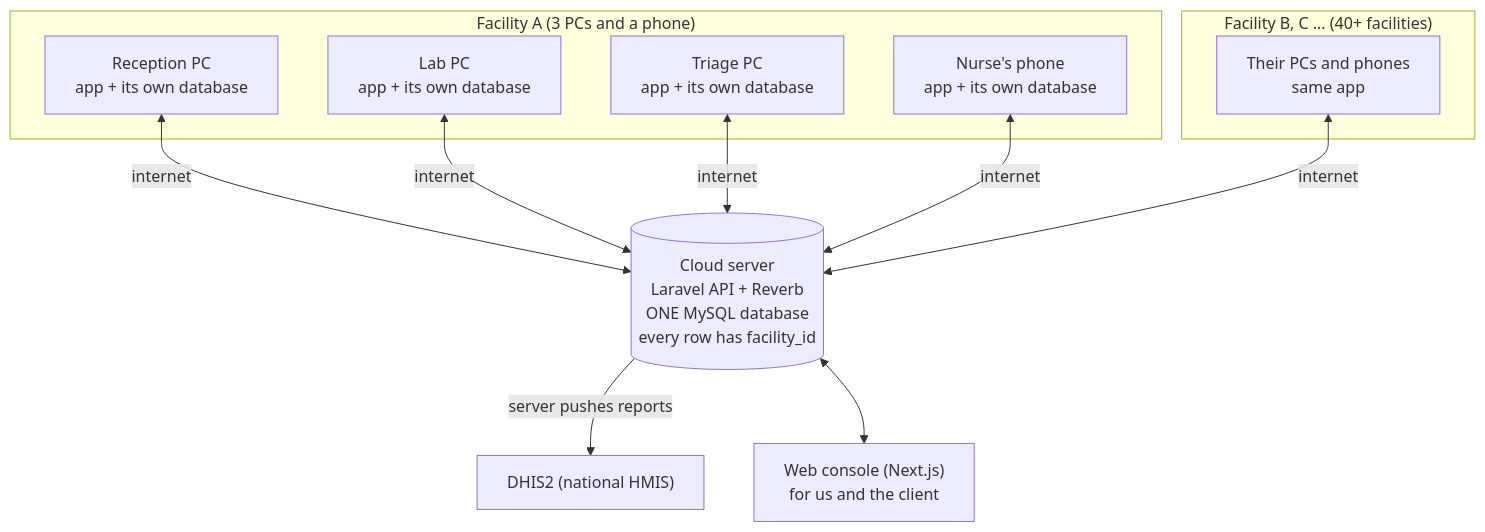
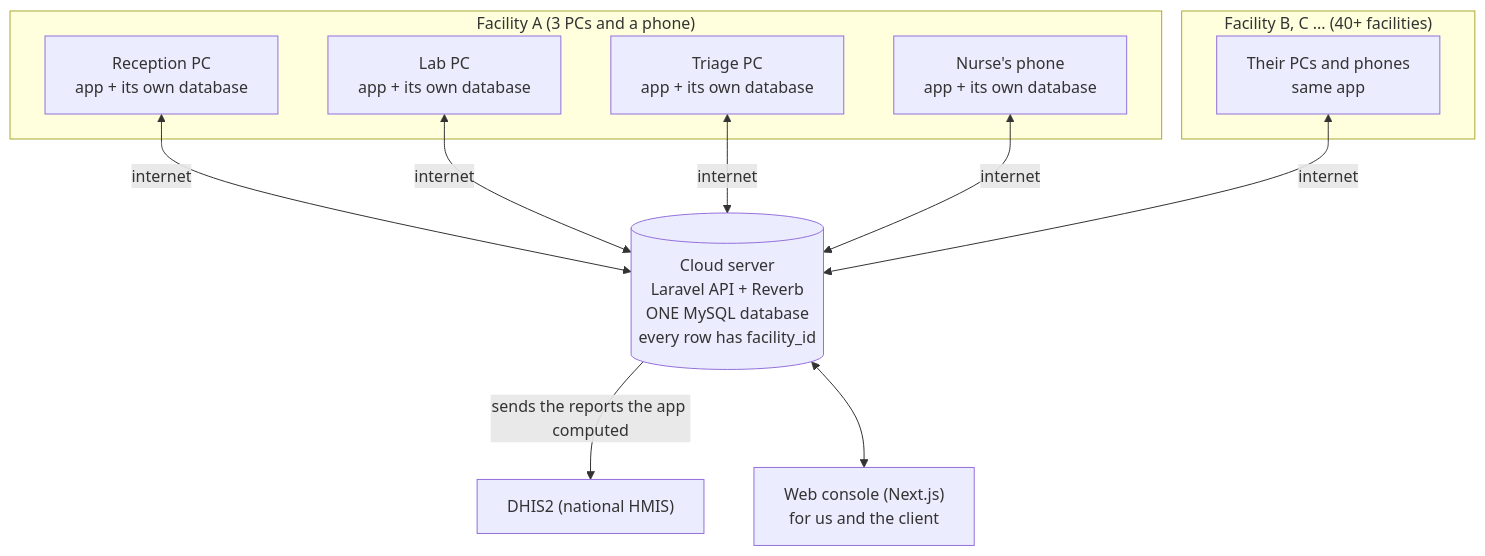
One commit to bloodykheeng/notes changed the first of 3 diagrams in architecture/mrdrs-track-a-architecture.md. Above: the diagram before and after it, drawn with Mermaid. The commit also changed other lines of this file, not shown here.

Commit message:
MRDRS architecture: DHIS2 reports computed in the app, sent by the server

````diff
--- a/architecture/mrdrs-track-a-architecture.md
+++ b/architecture/mrdrs-track-a-architecture.md
@@ -40,20 +40,20 @@
 ```mermaid
 flowchart TB
   subgraph FA["Facility A (3 PCs and a phone)"]
     R["Reception PC<br/>app + its own database"]
     L["Lab PC<br/>app + its own database"]
     T["Triage PC<br/>app + its own database"]
     P["Nurse's phone<br/>app + its own database"]
   end
   subgraph FB["Facility B, C ... (40+ facilities)"]
     O["Their PCs and phones<br/>same app"]
   end
   S[("Cloud server<br/>Laravel API + Reverb<br/>ONE MySQL database<br/>every row has facility_id")]
   R <-->|"internet"| S
   L <-->|"internet"| S
   T <-->|"internet"| S
   P <-->|"internet"| S
   O <-->|"internet"| S
-  S -->|"server pushes reports"| D["DHIS2 (national HMIS)"]
+  S -->|"sends the reports the app computed"| D["DHIS2 (national HMIS)"]
   S <--> C["Web console (Next.js)<br/>for us and the client"]
 ```
````
